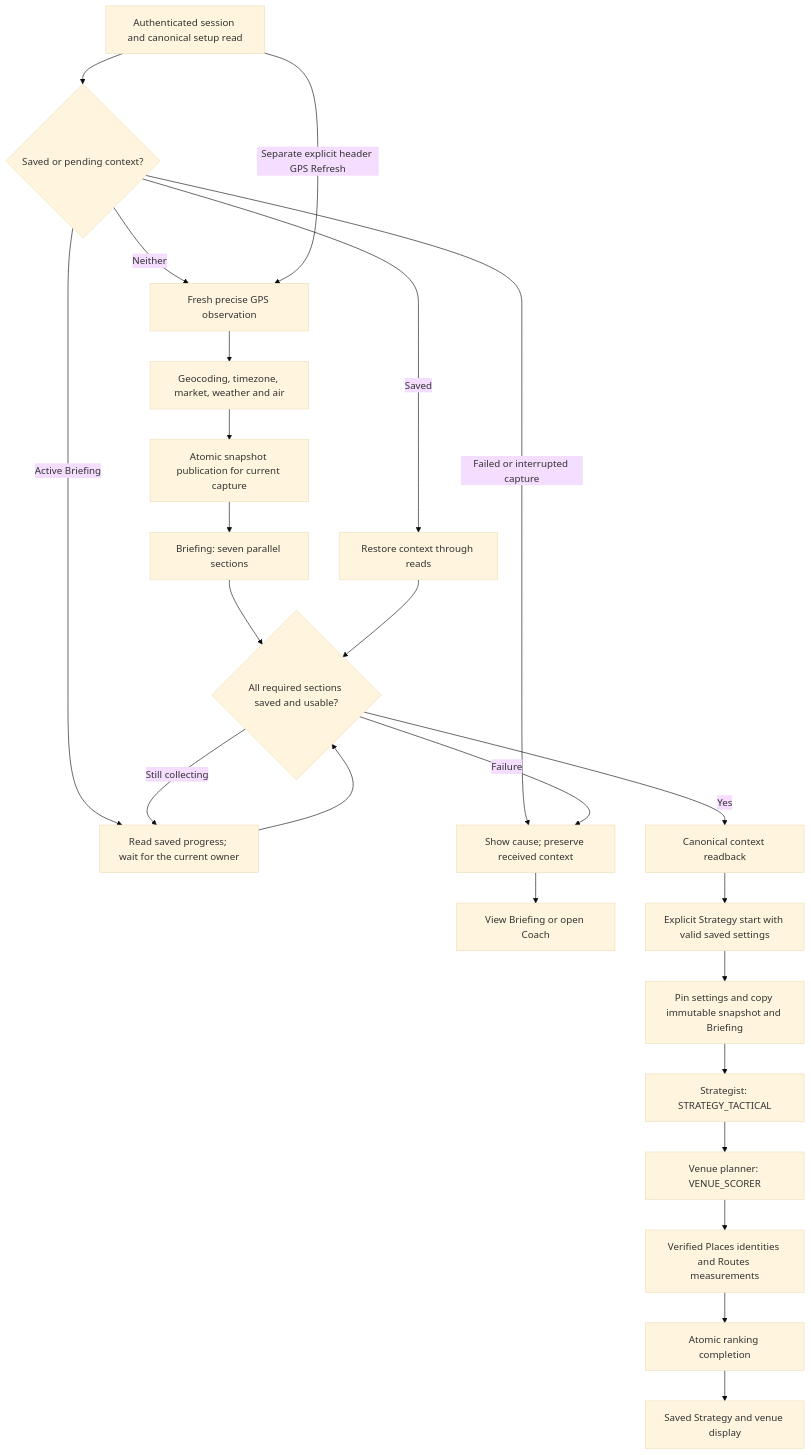
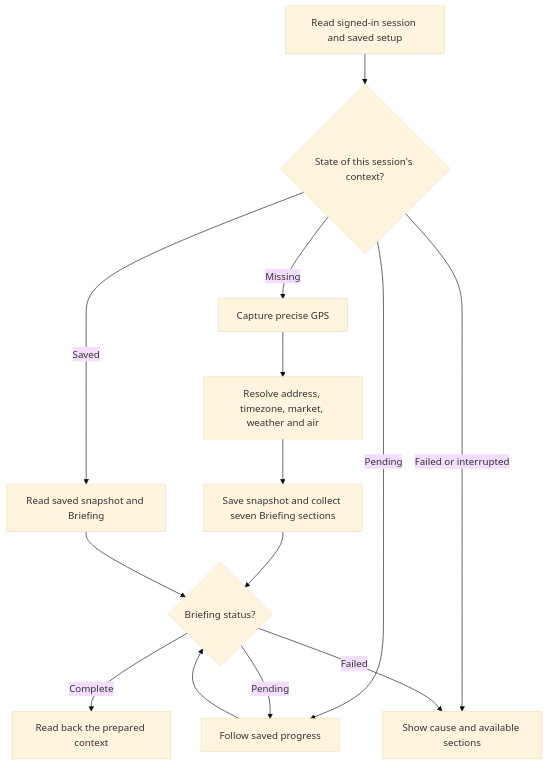
Before and after one commit to melodydashora/Vecto-Pilot: the first of 2 diagrams in docs/architecture/ai-pipeline.md, drawn with Mermaid (base theme). The commit also changed other lines of this file, not shown here.

Commit message:
Refresh MAIN and independent pipeline trace against November 24 source

````diff
--- a/docs/architecture/ai-pipeline.md
+++ b/docs/architecture/ai-pipeline.md
@@ -11,26 +16,16 @@
 ```mermaid
 flowchart TD
-  A[Authenticated session and canonical setup read] --> B{Saved or pending context?}
-  B -->|Saved| R[Restore context through reads]
-  B -->|Active Briefing| W[Read saved progress; wait for the current owner]
-  B -->|Failed or interrupted capture| X[Show cause; preserve received context]
-  B -->|Neither| D[Fresh precise GPS observation]
-  X --> V[View Briefing or open Coach]
-  A -->|Separate explicit header GPS Refresh| D
-  D --> E[Geocoding, timezone, market, weather and air]
-  E --> F[Atomic snapshot publication for current capture]
-  F --> G[Briefing: seven parallel sections]
-  G --> H{All required sections saved and usable?}
-  H -->|Yes| Q[Canonical context readback]
-  H -->|Still collecting| W
-  H -->|Failure| X
+  A["Read signed-in session and saved setup"] --> B{"State of this session's context?"}
+  B -->|Saved| R["Read saved snapshot and Briefing"]
+  B -->|Pending| W["Follow saved progress"]
+  B -->|Missing| D["Capture precise GPS"]
+  B -->|Failed or interrupted| X["Show cause and available sections"]
+  D --> E["Resolve address, timezone, market, weather and air"]
+  E --> F["Save snapshot and collect seven Briefing sections"]
+  F --> H{"Briefing status?"}
+  R --> H
   W --> H
-  R --> H
-  Q --> C[Explicit Strategy start with valid saved settings]
-  C --> N[Pin settings and copy immutable snapshot and Briefing]
-  N --> I[Strategist: STRATEGY_TACTICAL]
-  I --> J[Venue planner: VENUE_SCORER]
-  J --> K[Verified Places identities and Routes measurements]
-  K --> L[Atomic ranking completion]
-  L --> M[Saved Strategy and venue display]
+  H -->|Pending| W
+  H -->|Failed| X
+  H -->|Complete| Q["Read back the prepared context"]
 ```
````
